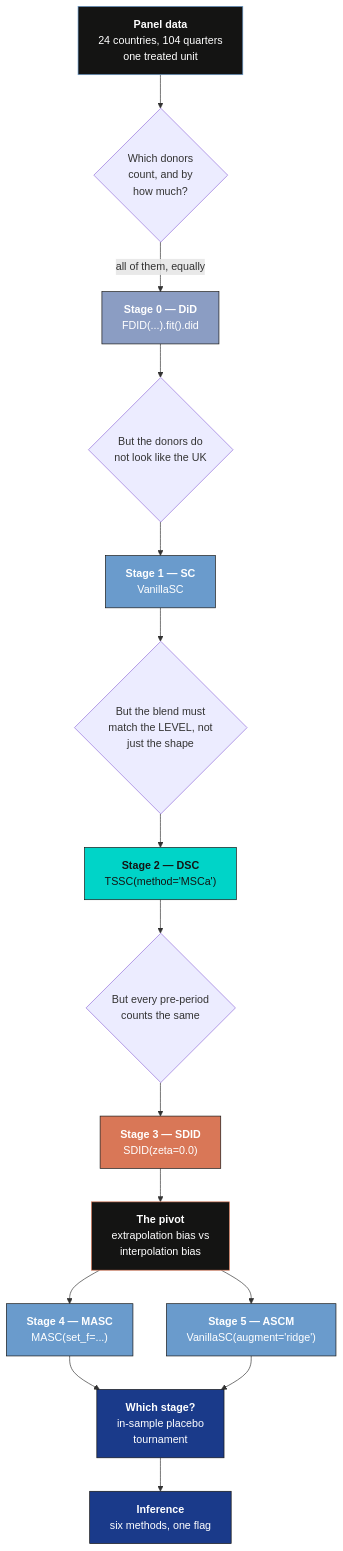
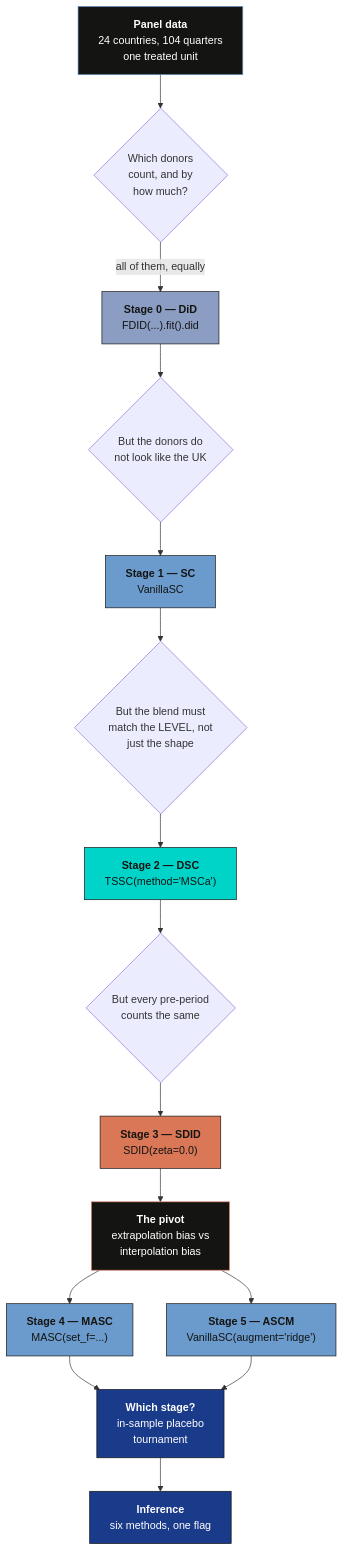
Before and after one commit to cmg777/starter-academic-v501: the first of 3 diagrams in content/post/python_sc_dsc_sdid/index.md, drawn with Mermaid. The commit also changed other lines of this file and 67 other files, not shown here.

First line of the commit message:
fix(mermaid): readable diagram text in both themes across the site

````diff
--- a/content/post/python_sc_dsc_sdid/index.md
+++ b/content/post/python_sc_dsc_sdid/index.md
@@ -130,27 +130,27 @@
 ```mermaid
 flowchart TD
     D["<b>Panel data</b><br/>24 countries, 104 quarters<br/>one treated unit"] --> Q0{"Which donors<br/>count, and by<br/>how much?"}
     Q0 -->|"all of them, equally"| DID["<b>Stage 0 — DiD</b><br/>FDID(...).fit().did"]
     DID --> Q1{"But the donors do<br/>not look like the UK"}
     Q1 --> SC["<b>Stage 1 — SC</b><br/>VanillaSC"]
     SC --> Q2{"But the blend must<br/>match the LEVEL, not<br/>just the shape"}
     Q2 --> DSC["<b>Stage 2 — DSC</b><br/>TSSC(method='MSCa')"]
     DSC --> Q3{"But every pre-period<br/>counts the same"}
     Q3 --> SDID["<b>Stage 3 — SDID</b><br/>SDID(zeta=0.0)"]
     SDID --> PIVOT["<b>The pivot</b><br/>extrapolation bias vs<br/>interpolation bias"]
     PIVOT --> MASC["<b>Stage 4 — MASC</b><br/>MASC(set_f=...)"]
     PIVOT --> ASCM["<b>Stage 5 — ASCM</b><br/>VanillaSC(augment='ridge')"]
     MASC --> SEL["<b>Which stage?</b><br/>in-sample placebo<br/>tournament"]
     ASCM --> SEL
     SEL --> INF["<b>Inference</b><br/>six methods, one flag"]
     style D fill:#141413,stroke:#6a9bcc,color:#fff
-    style DID fill:#8b9dc3,stroke:#141413,color:#fff
-    style SC fill:#6a9bcc,stroke:#141413,color:#fff
+    style DID fill:#8b9dc3,stroke:#141413,color:#141413
+    style SC fill:#6a9bcc,stroke:#141413,color:#141413
     style DSC fill:#00d4c8,stroke:#141413,color:#141413
-    style SDID fill:#d97757,stroke:#141413,color:#fff
-    style MASC fill:#6a9bcc,stroke:#141413,color:#fff
-    style ASCM fill:#6a9bcc,stroke:#141413,color:#fff
+    style SDID fill:#d97757,stroke:#141413,color:#141413
+    style MASC fill:#6a9bcc,stroke:#141413,color:#141413
+    style ASCM fill:#6a9bcc,stroke:#141413,color:#141413
     style PIVOT fill:#141413,stroke:#d97757,color:#fff
     style SEL fill:#1a3a8a,stroke:#141413,color:#fff
     style INF fill:#1a3a8a,stroke:#141413,color:#fff
 ```
````
